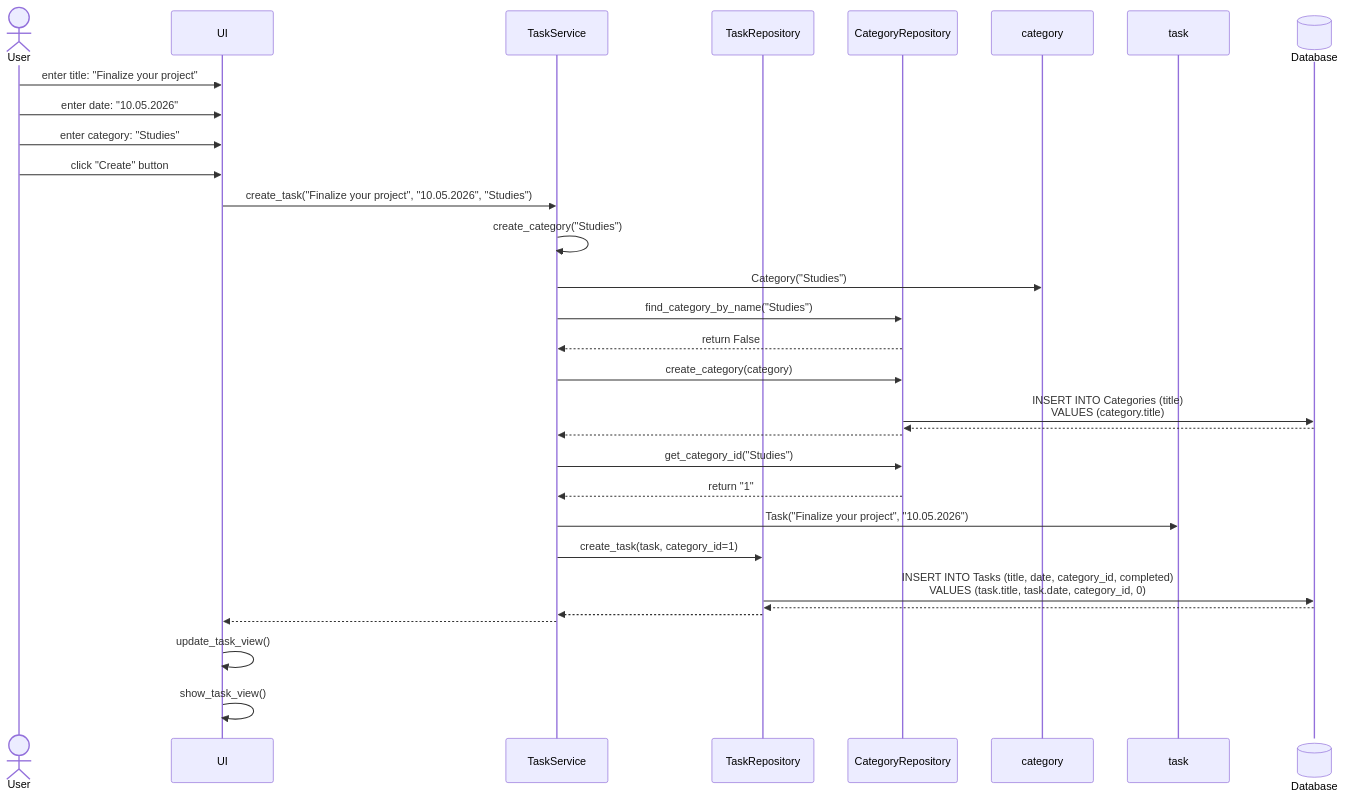
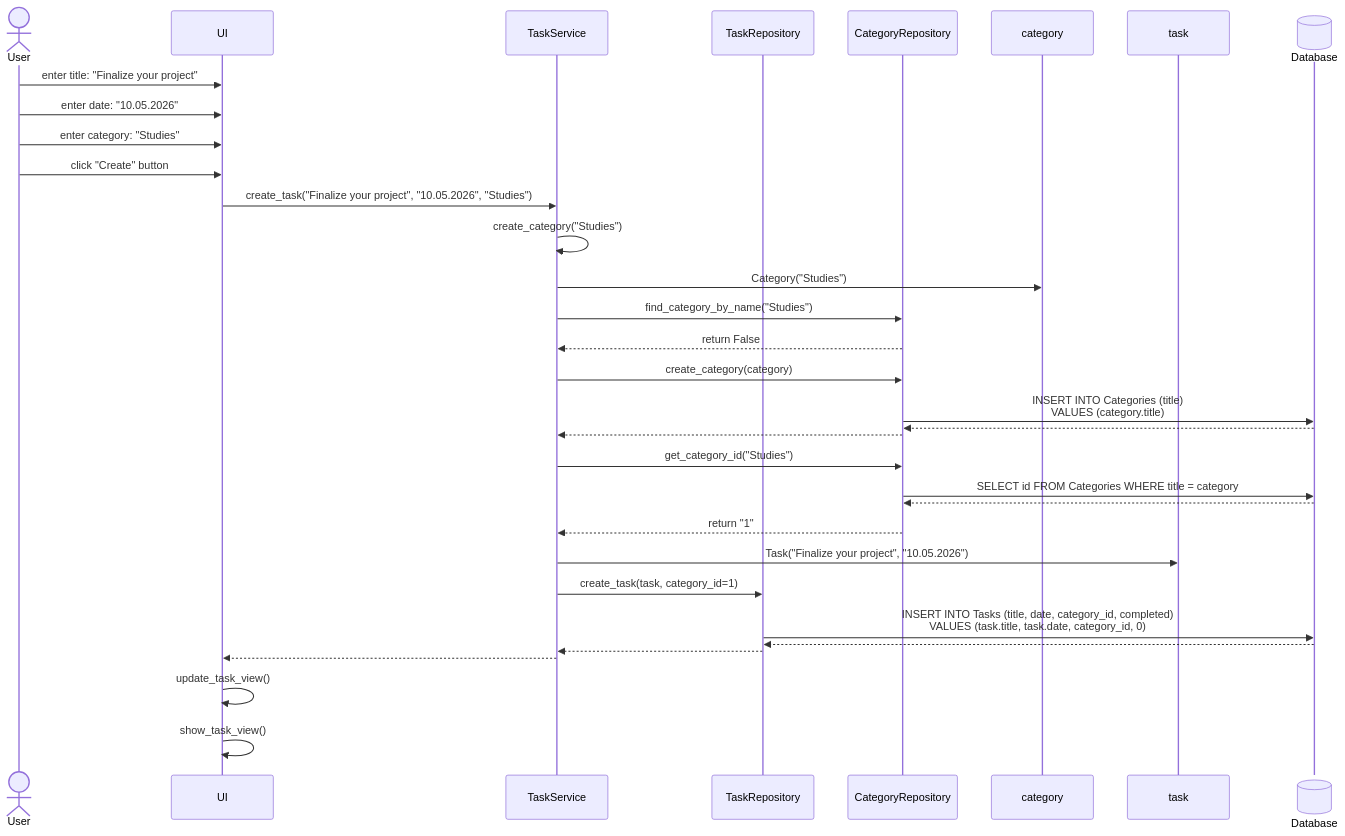
One commit to eesalor/ot-harjoitustyo changed the third of 4 diagrams in dokumentaatio/arkkitehtuuri.md. Above: the diagram before and after it, drawn with Mermaid.

Commit message:
Edit sequence diagram: Add SQL SELECT query for category retrieval

````diff
--- a/dokumentaatio/arkkitehtuuri.md
+++ b/dokumentaatio/arkkitehtuuri.md
@@ -94,35 +94,37 @@
 ```mermaid
 sequenceDiagram
   actor User
   participant UI
   participant TaskService
   participant TaskRepository
   participant CategoryRepository
   participant category
   participant task
   participant Database@{ "type" : "database" }
 
   User->>UI: enter title: "Finalize your project"
   User->>UI: enter date: "10.05.2026"
   User->>UI: enter category: "Studies"
   User->>UI: click "Create" button
   UI->>TaskService: create_task("Finalize your project", "10.05.2026", "Studies")
   TaskService->>TaskService: create_category("Studies")
   TaskService->>category: Category("Studies")
   TaskService->>CategoryRepository: find_category_by_name("Studies")
   CategoryRepository-->>TaskService: return False
   TaskService->>CategoryRepository: create_category(category)
   CategoryRepository->>Database: INSERT INTO Categories (title) <br>VALUES (category.title);
   Database-->>CategoryRepository:
   CategoryRepository-->>TaskService:
   TaskService->>CategoryRepository: get_category_id("Studies")
+  CategoryRepository->>Database: SELECT id FROM Categories WHERE title = category;
+  Database-->>CategoryRepository:
   CategoryRepository-->>TaskService: return "1"
   TaskService->>task: Task("Finalize your project", "10.05.2026")
   TaskService->>TaskRepository: create_task(task, category_id=1)
   TaskRepository->>Database: INSERT INTO Tasks (title, date, category_id, completed) <br/>VALUES (task.title, task.date, category_id, 0);
   Database-->>TaskRepository:
   TaskRepository-->>TaskService:
   TaskService-->>UI:
   UI->>UI: update_task_view()
   UI->>UI: show_task_view()
 ```
````
